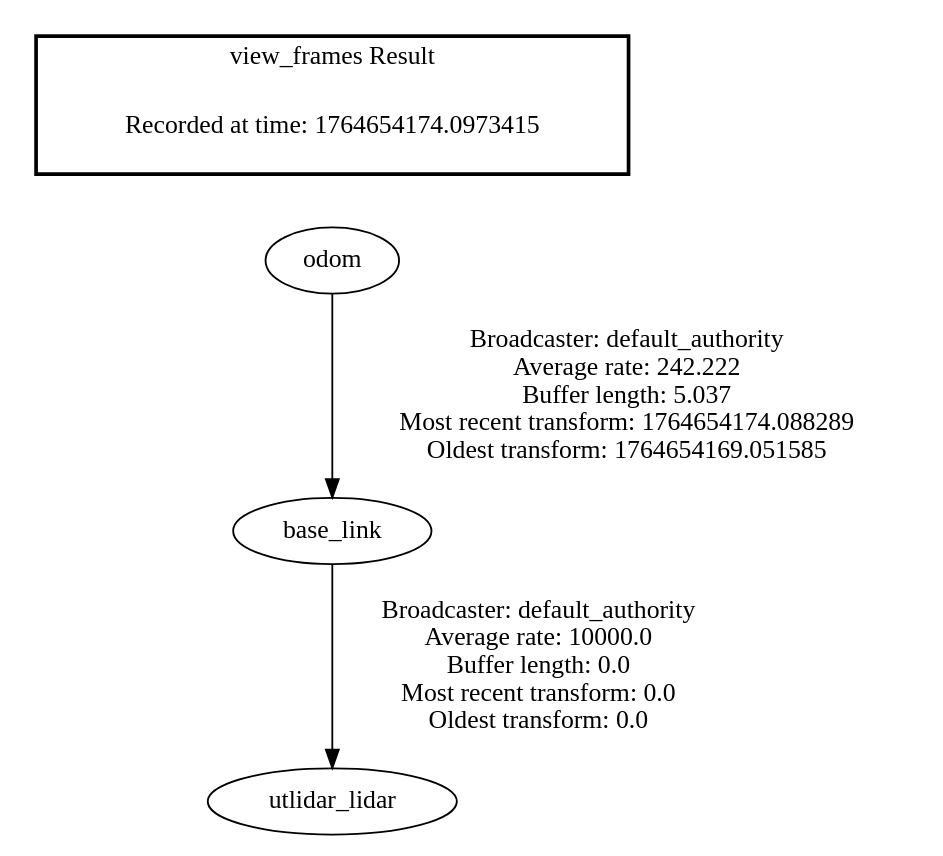
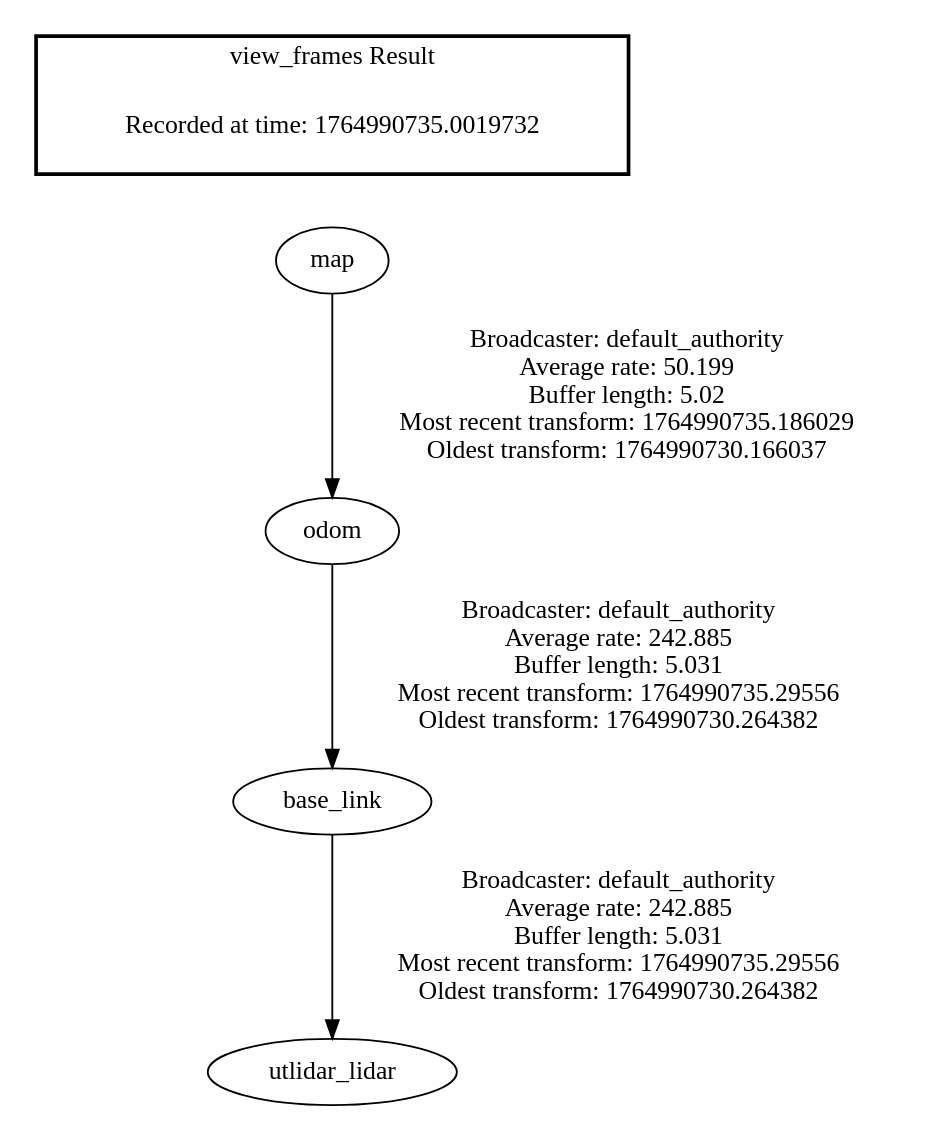
One commit to at1047/go2_search_and_rescue changed the diagram in frames.gv. Above: the diagram before and after it, drawn with Graphviz. The commit also changed 20 other files, not shown here.

```diff
--- a/frames.gv
+++ b/frames.gv
@@ -1,8 +1,9 @@
 digraph G {
-"odom" -> "base_link"[label=" Broadcaster: default_authority\nAverage rate: 242.222\nBuffer length: 5.037\nMost recent transform: 1764654174.088289\nOldest transform: 1764654169.051585\n"];
-"base_link" -> "utlidar_lidar"[label=" Broadcaster: default_authority\nAverage rate: 10000.0\nBuffer length: 0.0\nMost recent transform: 0.0\nOldest transform: 0.0\n"];
+"odom" -> "base_link"[label=" Broadcaster: default_authority\nAverage rate: 242.885\nBuffer length: 5.031\nMost recent transform: 1764990735.29556\nOldest transform: 1764990730.264382\n"];
+"map" -> "odom"[label=" Broadcaster: default_authority\nAverage rate: 50.199\nBuffer length: 5.02\nMost recent transform: 1764990735.186029\nOldest transform: 1764990730.166037\n"];
+"base_link" -> "utlidar_lidar"[label=" Broadcaster: default_authority\nAverage rate: 242.885\nBuffer length: 5.031\nMost recent transform: 1764990735.29556\nOldest transform: 1764990730.264382\n"];
 edge [style=invis];
  subgraph cluster_legend { style=bold; color=black; label ="view_frames Result";
-"Recorded at time: 1764654174.0973415"[ shape=plaintext ] ;
-}->"odom";
+"Recorded at time: 1764990735.0019732"[ shape=plaintext ] ;
+}->"map";
 }
```
